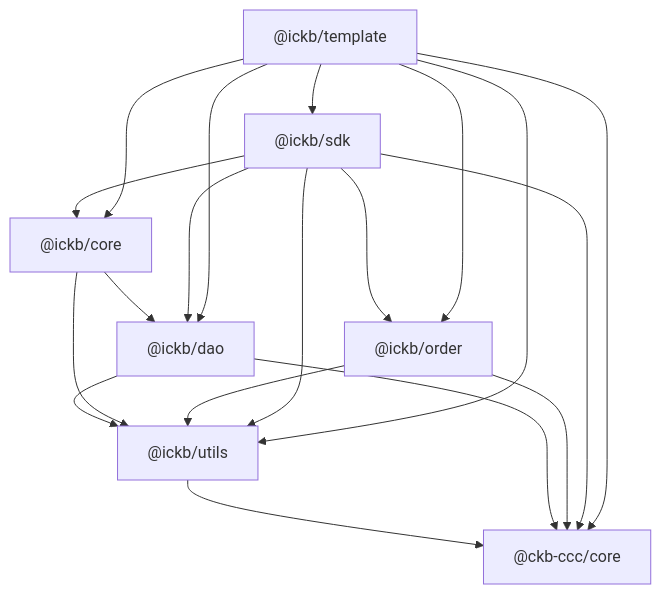
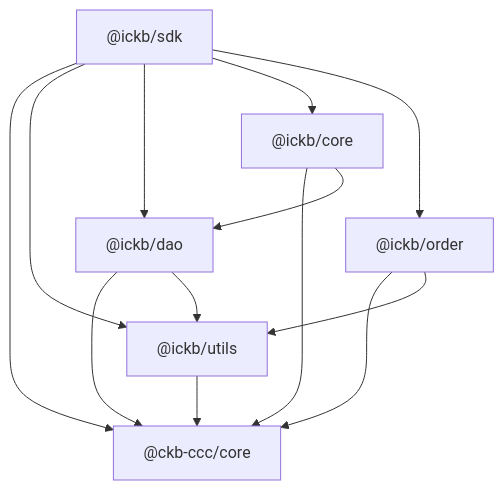
The diagram in README.md (ickb/stack), drawn with Mermaid before and after one commit. The commit also changed other lines of this file and 28 other files, not shown here.

Commit message:
Monorepo template from ckb-devrel/ccc

````diff
--- a/README.md
+++ b/README.md
@@ -40,29 +7,22 @@
 ```mermaid
 graph TD;
-    A["@ickb/utils"] --> B["@ckb-ccc/core"];
+    B["@ickb/utils"] --> A["@ckb-ccc/core"];
     C["@ickb/dao"] --> A;
     C --> B;
     D["@ickb/core"] --> A;
     D --> C;
     E["@ickb/order"] --> A;
     E --> B;
     F["@ickb/sdk"] --> A;
     F --> B;
     F --> C;
     F --> D;
     F --> E;
-    G["@ickb/template"] --> A;
-    G --> B;
-    G --> C;
-    G --> D;
-    G --> E;
-    G --> F
 
-    click A "https://github.com/ickb/utils" "Go to @ickb/utils"
-    click B "https://github.com/ckb-devrel/ccc/tree/master/packages/core" "Go to @ckb-ccc/core"
-    click C "https://github.com/ickb/dao" "Go to @ickb/dao"
-    click D "https://github.com/ickb/core" "Go to @ickb/core"
-    click E "https://github.com/ickb/order" "Go to @ickb/order"
-    click F "https://github.com/ickb/sdk" "Go to @ickb/sdk"
-    click G "https://github.com/ickb/template" "Go to @ickb/template"
+    click A "https://github.com/ckb-devrel/ccc/tree/master/packages/core" "Go to @ckb-ccc/core"
+    click B "https://github.com/ickb/stack/tree/master/packages/utils" "Go to @ickb/utils"
+    click C "https://github.com/ickb/stack/tree/master/packages/dao" "Go to @ickb/dao"
+    click D "https://github.com/ickb/stack/tree/master/packages/core" "Go to @ickb/core"
+    click E "https://github.com/ickb/stack/tree/master/packages/order" "Go to @ickb/order"
+    click F "https://github.com/ickb/stack/tree/master/packages/sdk" "Go to @ickb/sdk"
 ```
````
